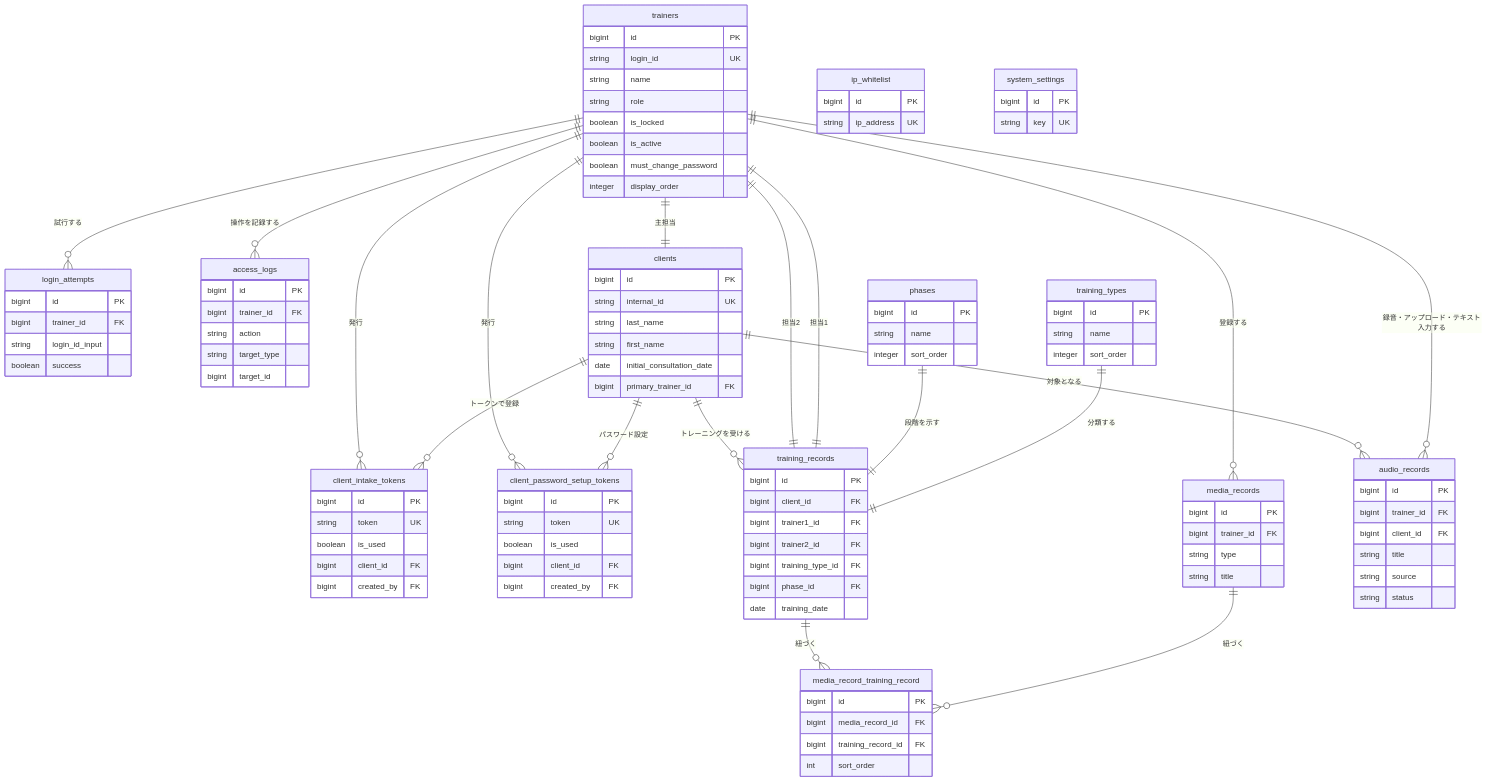
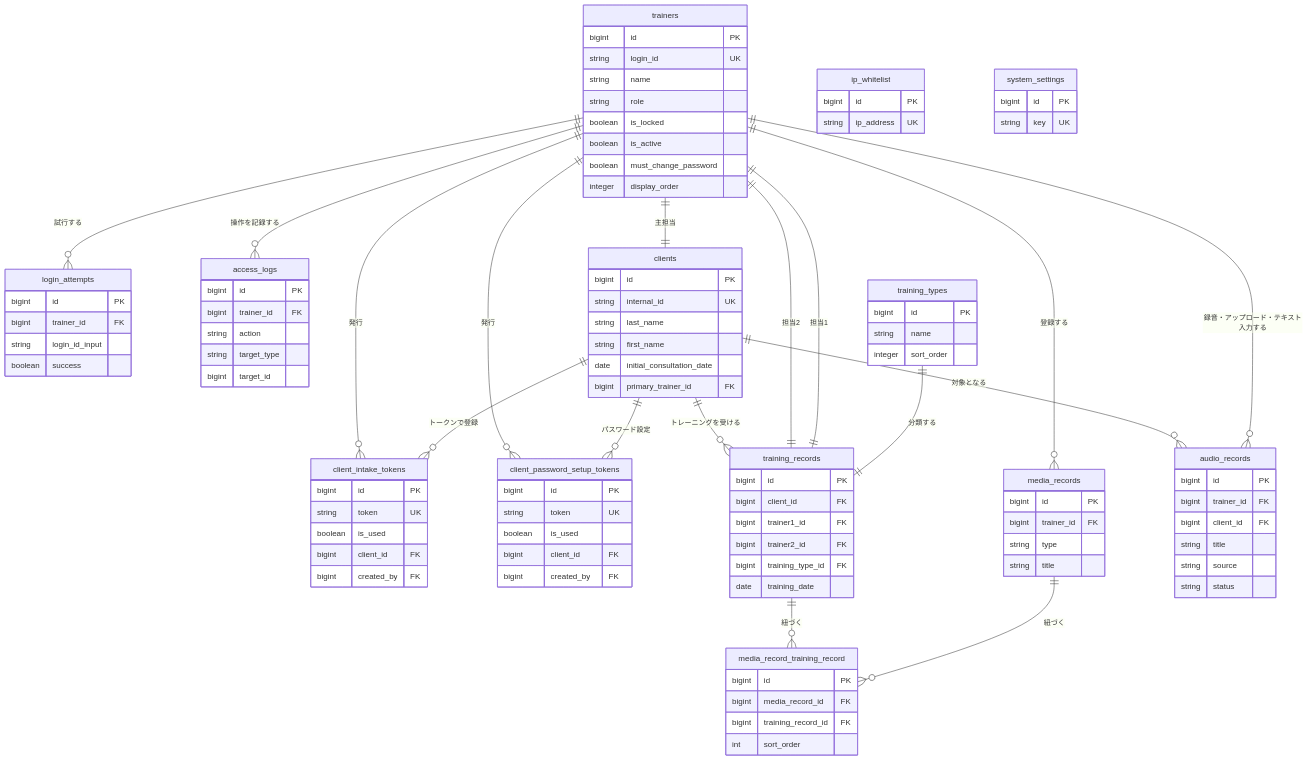
The diagram in docs/db-schema.md (y-ouchi-inmylife/training-record-system), drawn with Mermaid before and after one commit. The commit also changed other lines of this file and 3 other files, not shown here.

```diff
--- a/docs/db-schema.md
+++ b/docs/db-schema.md
@@ -85,7 +85,6 @@
         bigint trainer1_id FK
         bigint trainer2_id FK
         bigint training_type_id FK
-        bigint phase_id FK
         date training_date
     }
 
@@ -95,14 +94,7 @@
         integer sort_order
     }
 
-    phases {
-        bigint id PK
-        string name
-        integer sort_order
-    }
-
     training_types ||--|| training_records : "分類する"
-    phases ||--|| training_records : "段階を示す"
 
 
     media_records {
```
